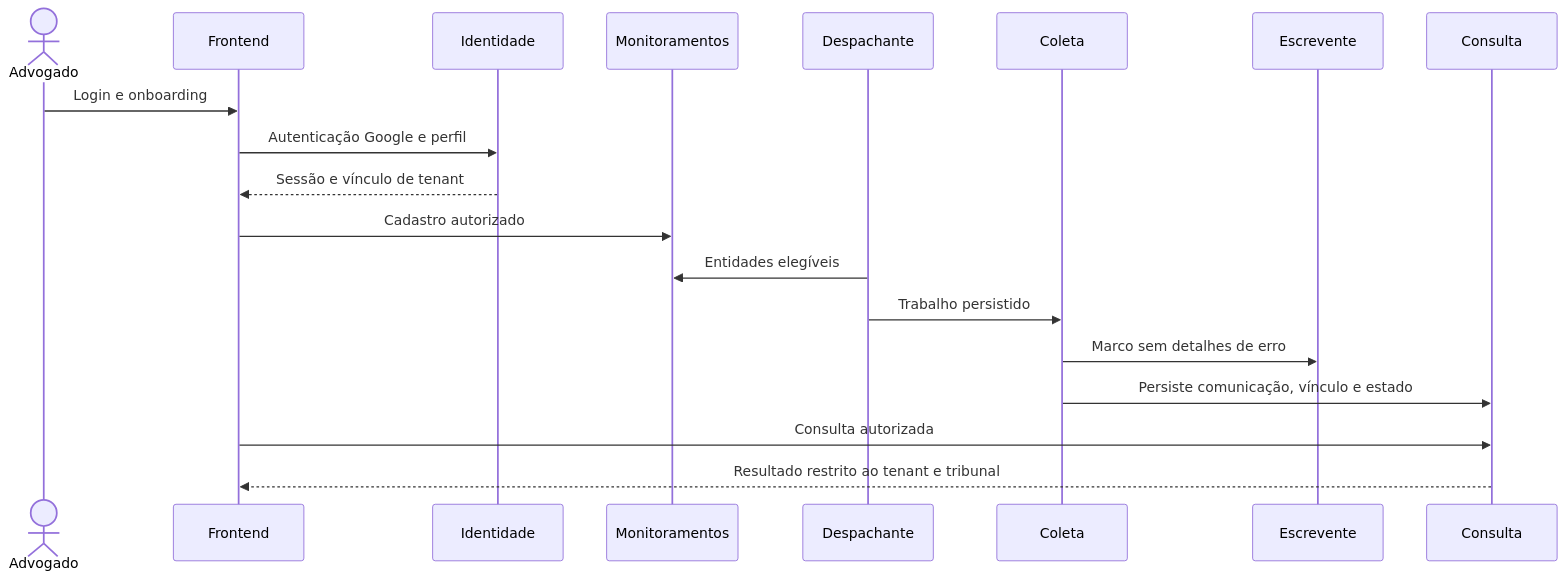
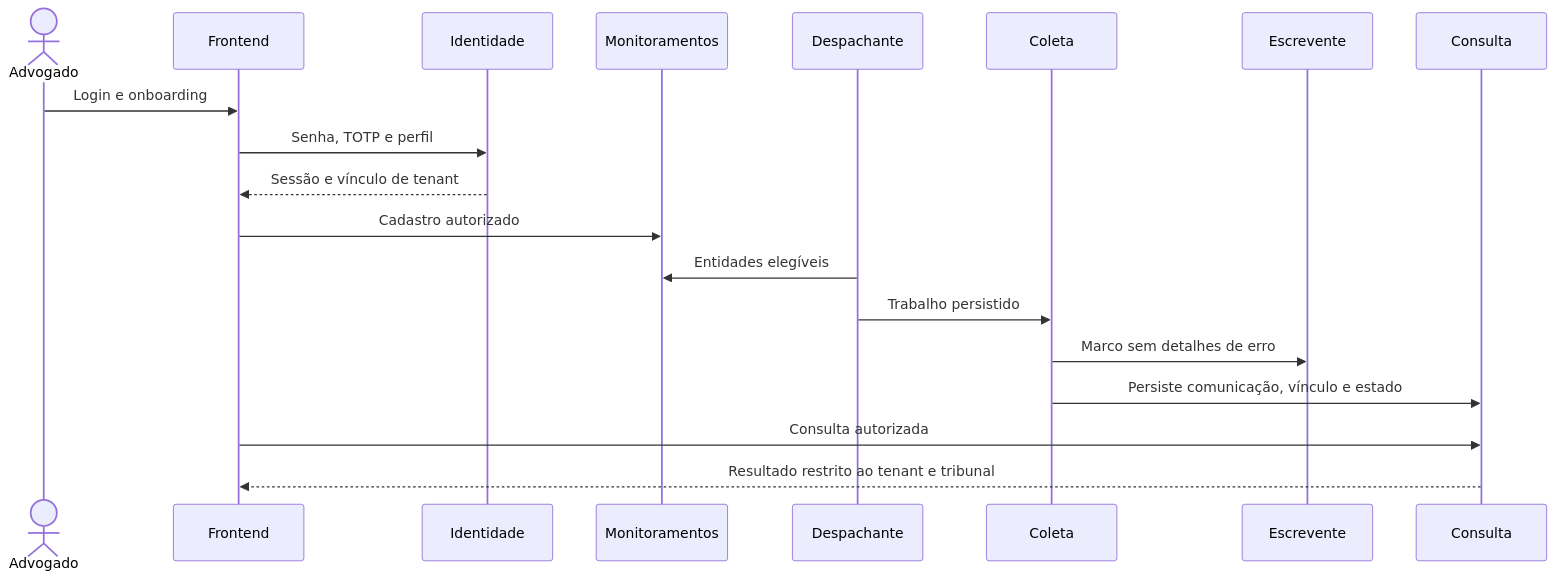
Before and after one commit to smcruzfilipe/advocaciaonline: the diagram in docs/arquitetura.md, drawn with Mermaid. The commit also changed other lines of this file and 77 other files, not shown here.

First line of the commit message:
feat: replace Google login with mandatory password and TOTP authentication

````diff
--- a/docs/arquitetura.md
+++ b/docs/arquitetura.md
@@ -54,21 +55,21 @@
 ```mermaid
 sequenceDiagram
     actor Advogado
     participant UI as Frontend
     participant ID as Identidade
     participant MON as Monitoramentos
     participant DESP as Despachante
     participant ETL as Coleta
     participant ESC as Escrevente
     participant CON as Consulta
     Advogado->>UI: Login e onboarding
-    UI->>ID: Autenticação Google e perfil
+    UI->>ID: Senha, TOTP e perfil
     ID-->>UI: Sessão e vínculo de tenant
     UI->>MON: Cadastro autorizado
     DESP->>MON: Entidades elegíveis
     DESP->>ETL: Trabalho persistido
     ETL->>ESC: Marco sem detalhes de erro
     ETL->>CON: Persiste comunicação, vínculo e estado
     UI->>CON: Consulta autorizada
     CON-->>UI: Resultado restrito ao tenant e tribunal
 ```
````
